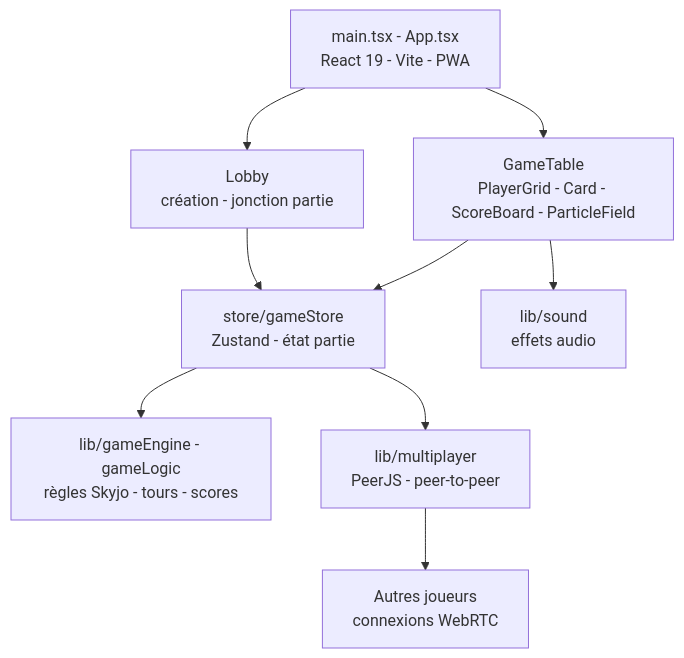
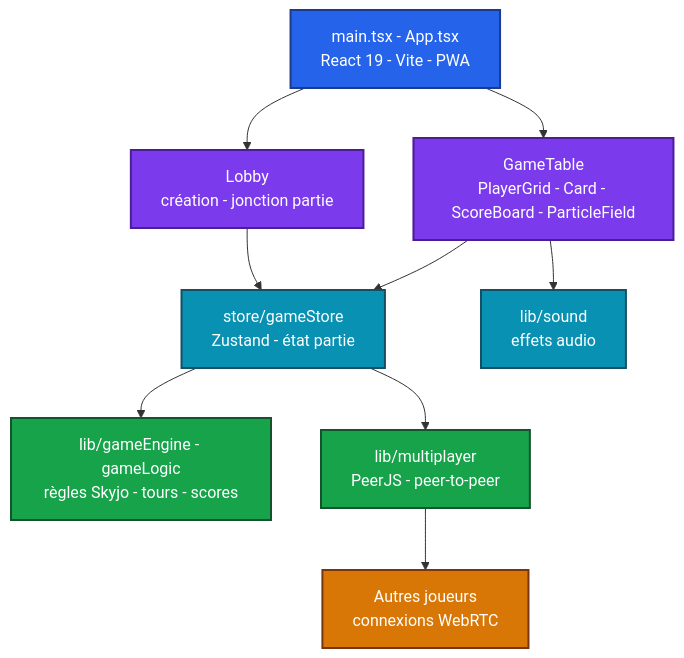
Before and after one commit to Adam-Blf/skyjo-multiplayer: the diagram in README.md, drawn with Mermaid.

Commit message:
docs: add colors to mermaid diagrams (#4)
Each node gets a palette class (by subgraph or by flow depth), subgraphs are tinted, non-flowchart diagrams use a colored base theme. Validated by rendering every diagram before and after.

````diff
--- a/README.md
+++ b/README.md
@@ -24,17 +24,28 @@
 ```mermaid
 flowchart TB
     M["main.tsx - App.tsx<br/>React 19 - Vite - PWA"]
     LOB["Lobby<br/>création - jonction partie"]
     TABLE["GameTable<br/>PlayerGrid - Card - ScoreBoard - ParticleField"]
     STORE["store/gameStore<br/>Zustand - état partie"]
     ENGINE["lib/gameEngine - gameLogic<br/>règles Skyjo - tours - scores"]
     MP["lib/multiplayer<br/>PeerJS - peer-to-peer"]
     SND["lib/sound<br/>effets audio"]
     PEER["Autres joueurs<br/>connexions WebRTC"]
 
     M --> LOB --> STORE
     M --> TABLE --> STORE
     STORE --> ENGINE
     STORE --> MP --> PEER
     TABLE --> SND
+
+    classDef c0 fill:#2563eb,stroke:#1e3a8a,stroke-width:2px,color:#ffffff
+    classDef c1 fill:#7c3aed,stroke:#4c1d95,stroke-width:2px,color:#ffffff
+    classDef c2 fill:#0891b2,stroke:#164e63,stroke-width:2px,color:#ffffff
+    classDef c3 fill:#16a34a,stroke:#14532d,stroke-width:2px,color:#ffffff
+    classDef c4 fill:#d97706,stroke:#78350f,stroke-width:2px,color:#ffffff
+    class M c0
+    class LOB,TABLE c1
+    class STORE,SND c2
+    class ENGINE,MP c3
+    class PEER c4
 ```
````
